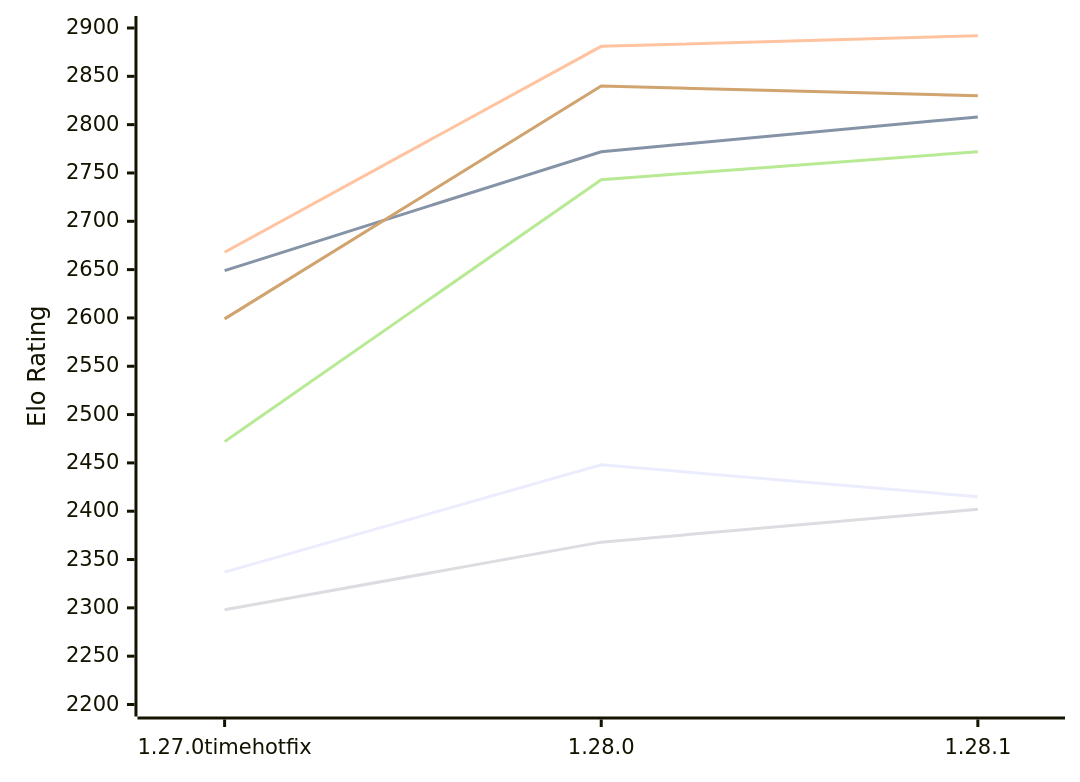
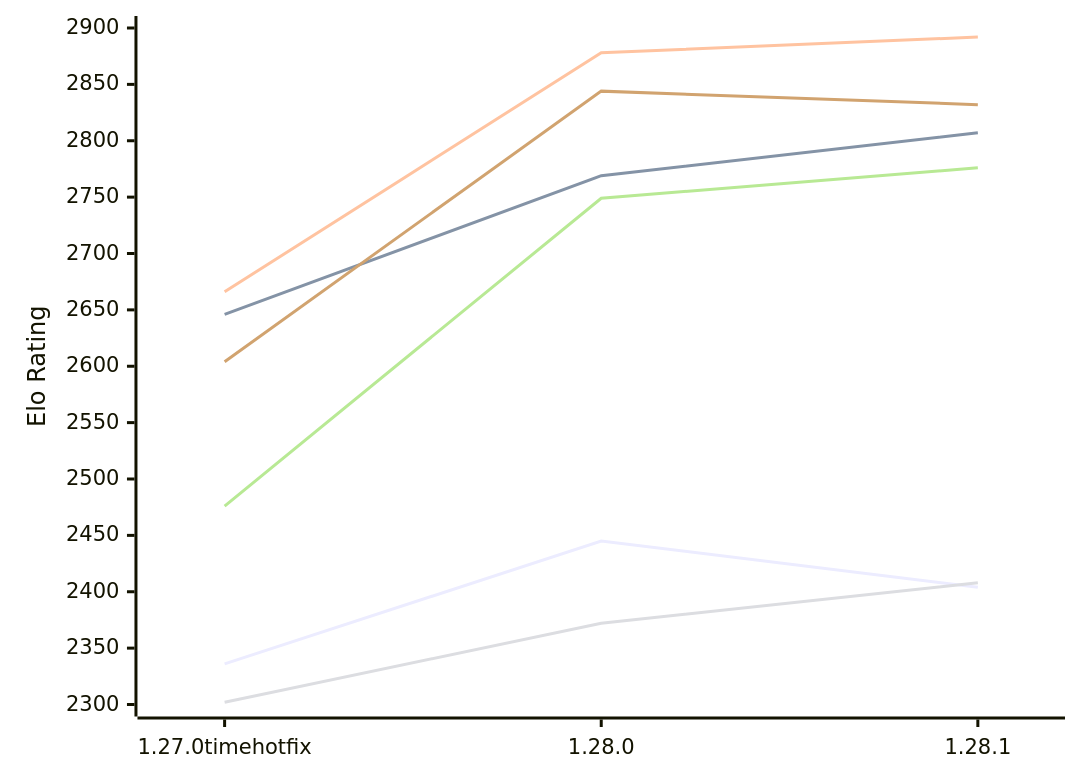
The first of 2 diagrams in engines/Aurora.md (computer-chess-index/cci), drawn with Mermaid before and after one commit. The commit also changed other lines of this file, not shown here.

Commit message:
Update CCI Ratings (ELO VLTC) - 2026-11-23

````diff
--- a/engines/Aurora.md
+++ b/engines/Aurora.md
@@ -52,12 +52,12 @@
 ```mermaid
 %%{init: {"theme":"base","themeVariables":{"seriesColors:['#a3a3a3','#222221','#faa371']}}}%%
 xychart-beta
   x-axis ["1.27.0timehotfix", "1.28.0", "1.28.1"]
-  y-axis "Elo Rating" 2200 --> 2900
-  line "E1: STC (8.0+0.08s)" [2337, 2448, 2415]
-  line "E1: LTC (60.0+0.60s)" [2649, 2772, 2808]
-  line "E1: VLTC (2m24s+1.12s)" [2668, 2881, 2892]
-  line "P1: STC (8.0+0.08s)" [2298, 2368, 2402]
-  line "P1: LTC (60.0+0.60s)" [2472, 2743, 2772]
-  line "P1: VLTC (2m24s+1.12s)" [2599, 2840, 2830]
+  y-axis "Elo Rating" 2300 --> 2900
+  line "E1: STC (8.0+0.08s)" [2336, 2445, 2404]
+  line "E1: LTC (60.0+0.60s)" [2646, 2769, 2807]
+  line "E1: VLTC (2m24s+1.12s)" [2666, 2878, 2892]
+  line "P1: STC (8.0+0.08s)" [2302, 2372, 2408]
+  line "P1: LTC (60.0+0.60s)" [2476, 2749, 2776]
+  line "P1: VLTC (2m24s+1.12s)" [2604, 2844, 2832]
 ```
````
